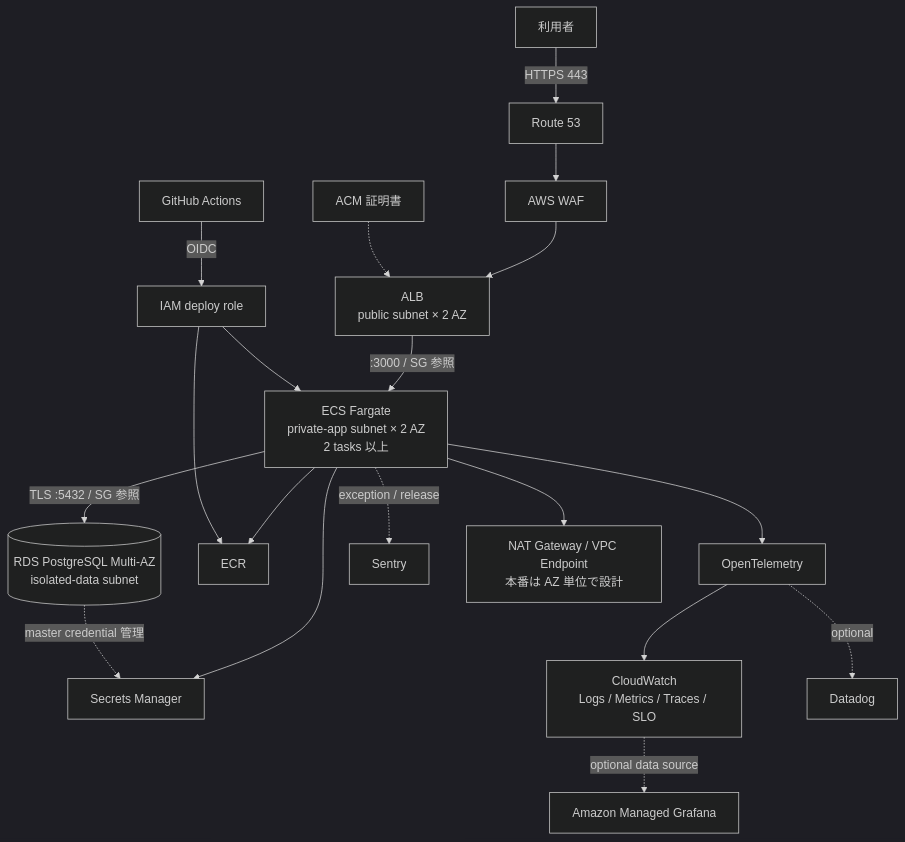
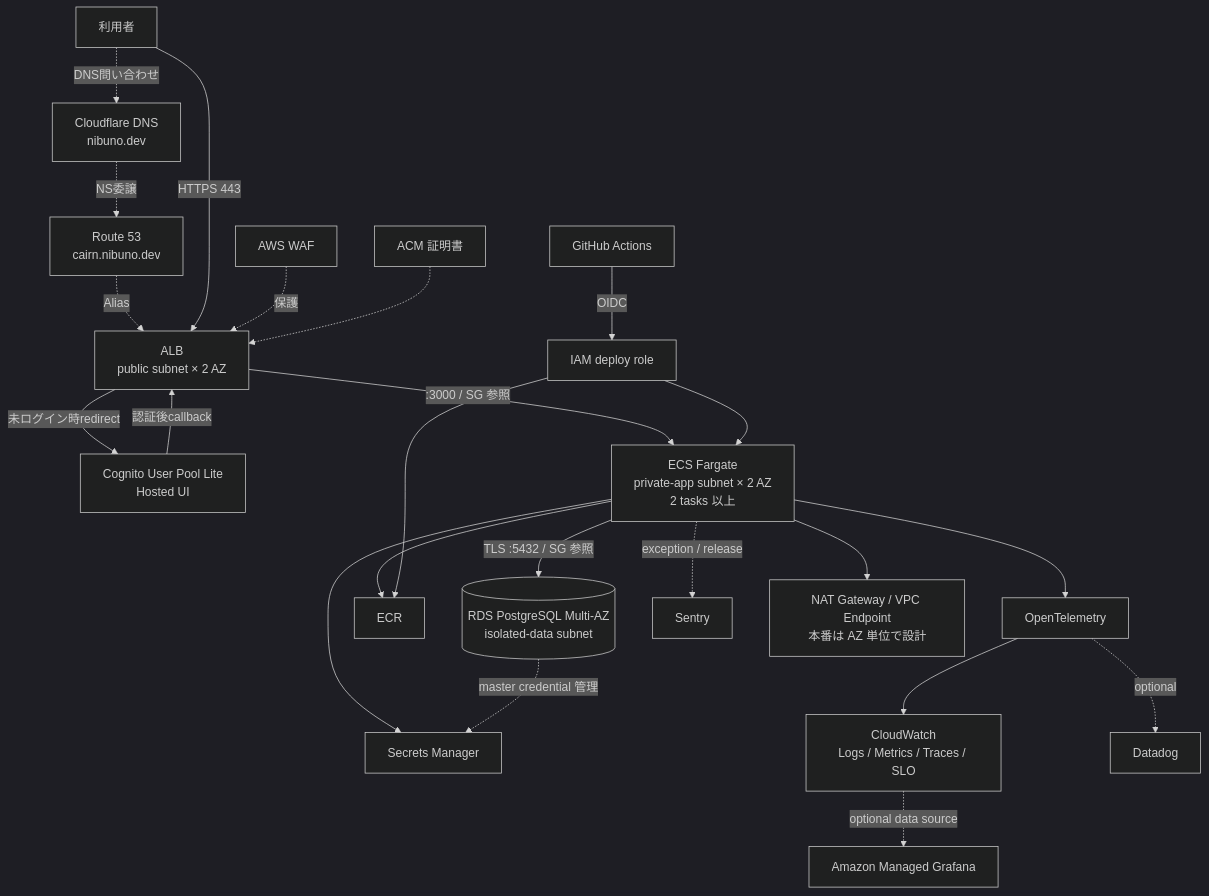
One commit to nibuno/cairn changed the diagram in docs/assets/cairn-target-architecture.mmd. Above: the diagram before and after it, drawn with Mermaid (dark theme). The commit also changed 4 other files, not shown here.

```diff
--- a/docs/assets/cairn-target-architecture.mmd
+++ b/docs/assets/cairn-target-architecture.mmd
@@ -1,24 +1,32 @@
 flowchart TB
-    user[利用者] -->|HTTPS 443| dns[Route 53]
-    dns --> waf[AWS WAF]
-    waf --> alb[ALB<br/>public subnet × 2 AZ]
+    user[利用者]
+    cloudflare[Cloudflare DNS<br/>nibuno.dev]
+    dns[Route 53<br/>cairn.nibuno.dev]
+    user -. DNS問い合わせ .-> cloudflare
+    cloudflare -. NS委譲 .-> dns
+    dns -. Alias .-> alb
+
+    user -->|HTTPS 443| alb[ALB<br/>public subnet × 2 AZ]
+    waf[AWS WAF] -. 保護 .-> alb
     acm[ACM 証明書] -.-> alb
+    alb -->|未ログイン時redirect| cognito[Cognito User Pool Lite<br/>Hosted UI]
+    cognito -->|認証後callback| alb
 
     alb -->|:3000 / SG 参照| ecs[ECS Fargate<br/>private-app subnet × 2 AZ<br/>2 tasks 以上]
     ecs -->|TLS :5432 / SG 参照| rds[(RDS PostgreSQL Multi-AZ<br/>isolated-data subnet)]
 
     ecs --> ecr[ECR]
     ecs --> secrets[Secrets Manager]
     rds -. master credential 管理 .-> secrets
 
     ecs --> otel[OpenTelemetry]
     otel --> cw[CloudWatch<br/>Logs / Metrics / Traces / SLO]
     otel -. optional .-> datadog[Datadog]
     ecs -. exception / release .-> sentry[Sentry]
     cw -. optional data source .-> grafana[Amazon Managed Grafana]
 
     ecs --> egress[NAT Gateway / VPC Endpoint<br/>本番は AZ 単位で設計]
 
     gha[GitHub Actions] -->|OIDC| deploy[IAM deploy role]
     deploy --> ecr
     deploy --> ecs
```
